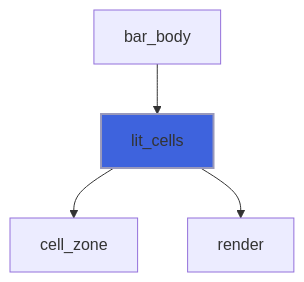
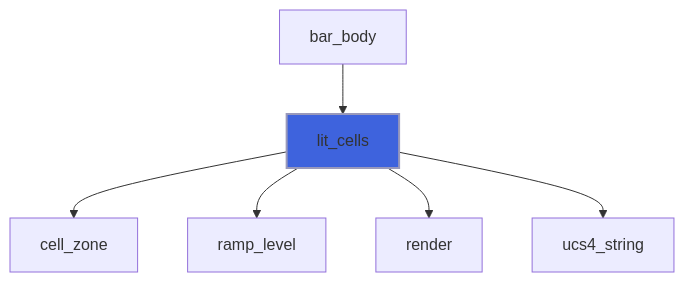
One commit to szaghi/forbear changed diagram 26 of 41 in docs/api/src/lib/forbear_bar_object.md. Above: the diagram before and after it, drawn with Mermaid. The commit also changed other lines of this file and 16 other files, not shown here.

````diff
--- a/docs/api/src/lib/forbear_bar_object.md
+++ b/docs/api/src/lib/forbear_bar_object.md
@@ -934,7 +943,9 @@
 ```mermaid
 flowchart TD
   bar_body["bar_body"] --> lit_cells["lit_cells"]
   lit_cells["lit_cells"] --> cell_zone["cell_zone"]
+  lit_cells["lit_cells"] --> ramp_level["ramp_level"]
   lit_cells["lit_cells"] --> render["render"]
+  lit_cells["lit_cells"] --> ucs4_string["ucs4_string"]
   style lit_cells fill:#3e63dd,stroke:#99b,stroke-width:2px
 ```
````
